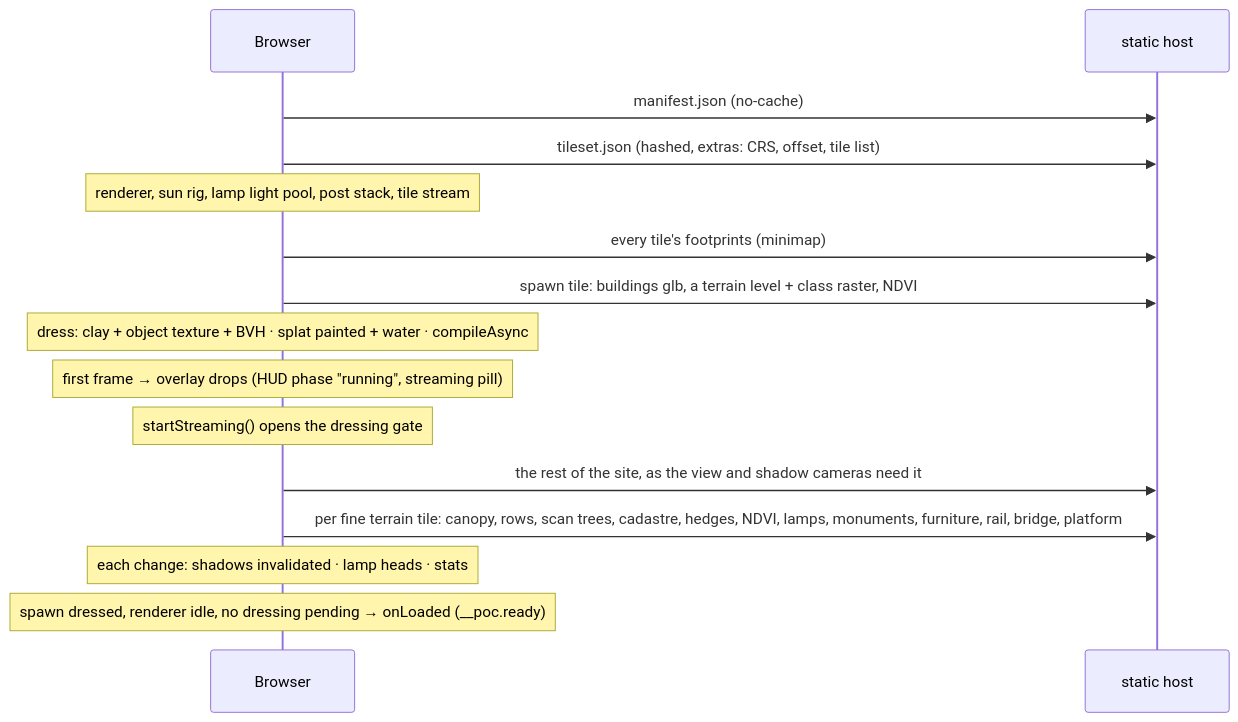
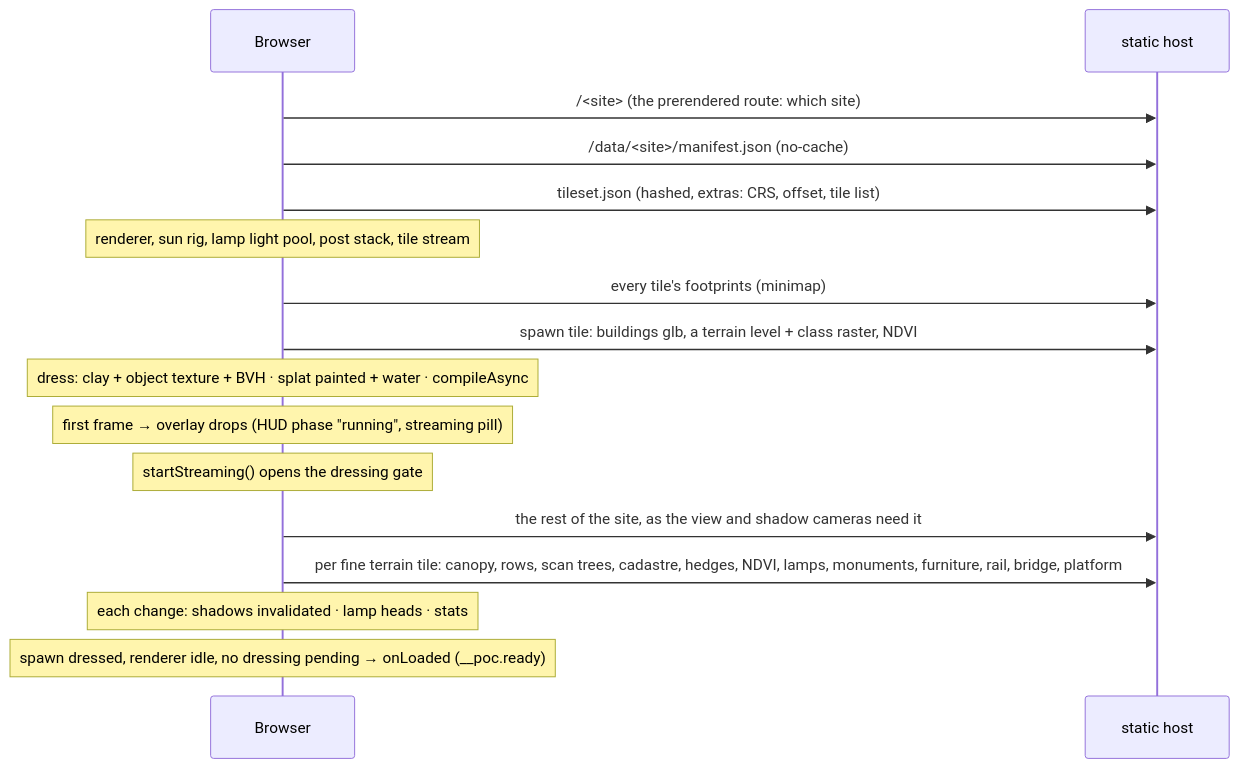
The second of 2 diagrams in docs/rendering.md (mdugue/bridge), drawn with Mermaid before and after one commit. The commit also changed other lines of this file and 1448 other files, not shown here.

````diff
--- a/docs/rendering.md
+++ b/docs/rendering.md
@@ -445,17 +445,18 @@
 ```mermaid
 sequenceDiagram
   participant B as Browser
   participant S as static host
-  B->>S: manifest.json (no-cache)
+  B->>S: /<site> (the prerendered route: which site)
+  B->>S: /data/<site>/manifest.json (no-cache)
   B->>S: tileset.json (hashed, extras: CRS, offset, tile list)
   Note over B: renderer, sun rig, lamp light pool, post stack, tile stream
   B->>S: every tile's footprints (minimap)
   B->>S: spawn tile: buildings glb, a terrain level + class raster, NDVI
   Note over B: dress: clay + object texture + BVH · splat painted + water · compileAsync
   Note over B: first frame → overlay drops (HUD phase "running", streaming pill)
   Note over B: startStreaming() opens the dressing gate
   B->>S: the rest of the site, as the view and shadow cameras need it
   B->>S: per fine terrain tile: canopy, rows, scan trees, cadastre, hedges, NDVI, lamps, monuments, furniture, rail, bridge, platform
   Note over B: each change: shadows invalidated · lamp heads · stats
   Note over B: spawn dressed, renderer idle, no dressing pending → onLoaded (__poc.ready)
 ```
````
